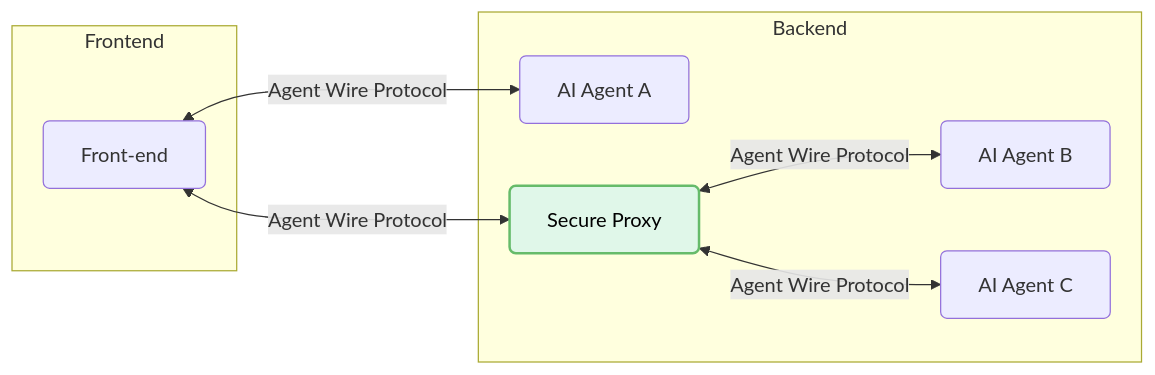
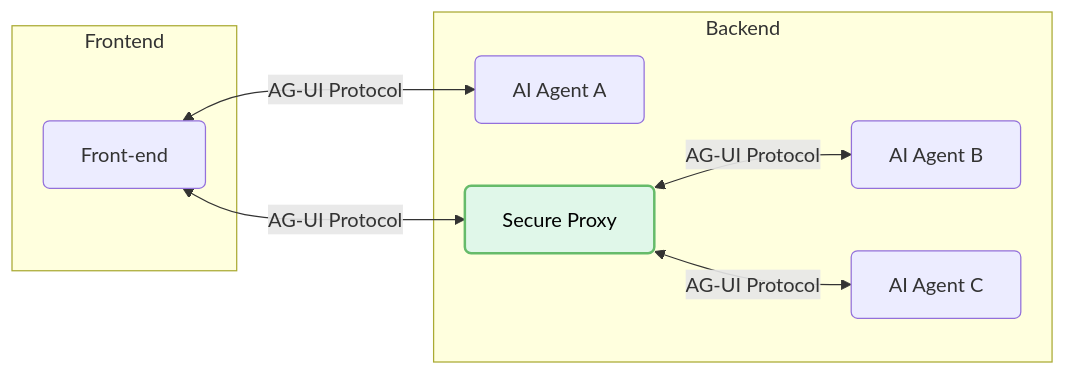
One commit to ag-ui-protocol/docs changed the diagram in introduction.mdx. Above: the diagram before and after it, drawn with Mermaid. The commit also changed other lines of this file and 25 other files, not shown here.

````diff
--- a/introduction.mdx
+++ b/introduction.mdx
@@ -31,28 +32,28 @@
 ```mermaid
 flowchart LR
     subgraph "Frontend"
         FE["Front-end"]
     end
 
     subgraph "Backend"
         A1["AI Agent A"]
         P["Secure Proxy"]
         A2["AI Agent B"]
         A3["AI Agent C"]
     end
 
-    FE <-->|"Agent Wire Protocol"| A1
-    FE <-->|"Agent Wire Protocol"| P
-    P <-->|"Agent Wire Protocol"| A2
-    P <-->|"Agent Wire Protocol"| A3
+    FE <-->|"AG-UI Protocol"| A1
+    FE <-->|"AG-UI Protocol"| P
+    P <-->|"AG-UI Protocol"| A2
+    P <-->|"AG-UI Protocol"| A3
 
     class P mintStyle;
     classDef mintStyle fill:#E0F7E9,stroke:#66BB6A,stroke-width:2px,color:#000000;
 
     %% Apply slight border radius to each node
     style FE rx:5, ry:5;
     style A1 rx:5, ry:5;
     style P rx:5, ry:5;
     style A2 rx:5, ry:5;
     style A3 rx:5, ry:5;
 ```
````
